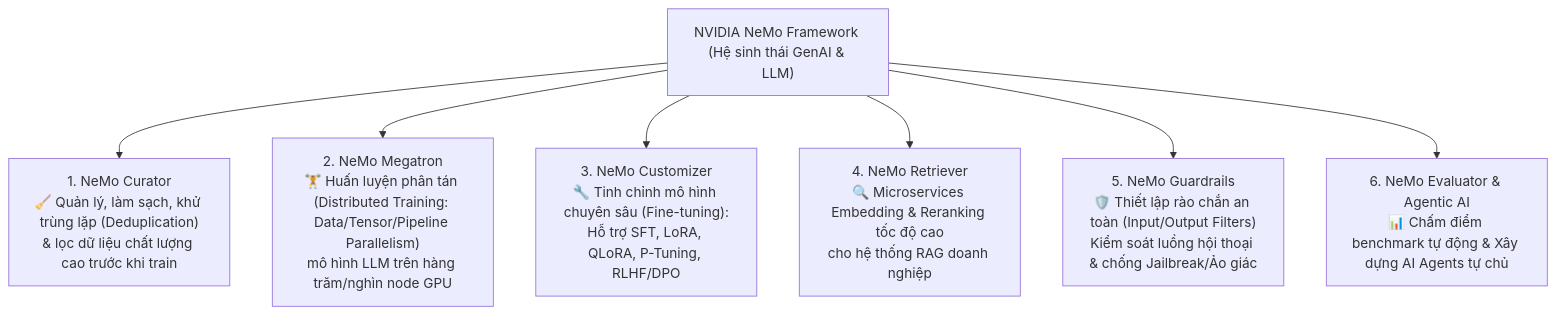
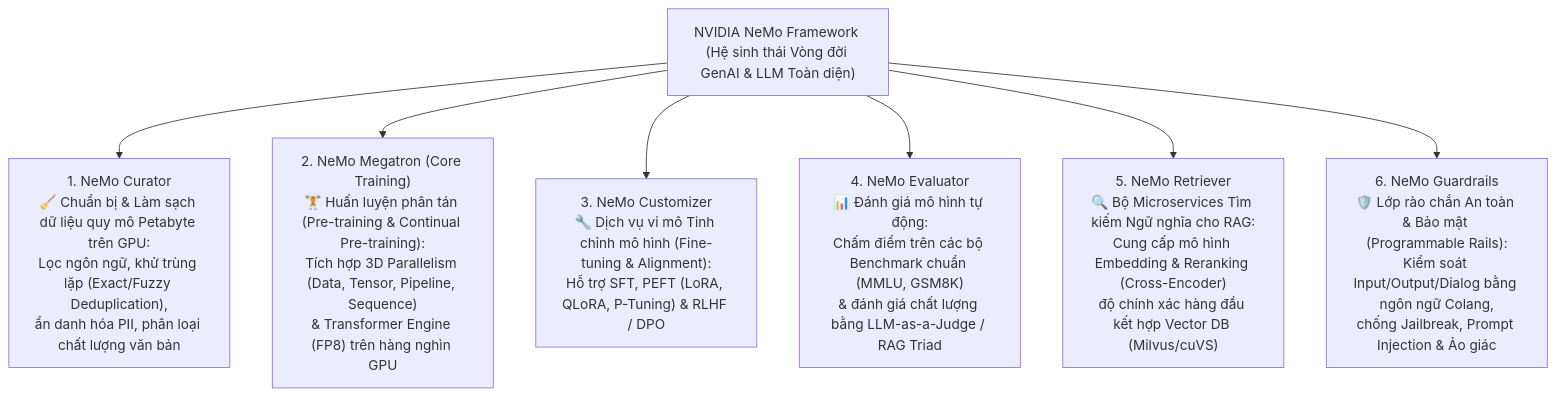
One commit to nxthanh2904/nca-genl changed the fifth of 6 diagrams in Module_08_NVIDIA_Ecosystem.md. Above: the diagram before and after it, drawn with Mermaid. The commit also changed other lines of this file and 11 other files, not shown here.

````diff
--- a/Module_08_NVIDIA_Ecosystem.md
+++ b/Module_08_NVIDIA_Ecosystem.md
@@ -162,13 +237,13 @@
 ```mermaid
 flowchart TD
-    NeMo["NVIDIA NeMo Framework (Hệ sinh thái GenAI & LLM)"]
+    NeMo["NVIDIA NeMo Framework (Hệ sinh thái Vòng đời GenAI & LLM Toàn diện)"]
     
-    M1["1. NeMo Curator<br/>🧹 Quản lý, làm sạch, khử trùng lặp (Deduplication)<br/>& lọc dữ liệu chất lượng cao trước khi train"]
-    M2["2. NeMo Megatron<br/>🏋️ Huấn luyện phân tán (Distributed Training: Data/Tensor/Pipeline Parallelism)<br/>mô hình LLM trên hàng trăm/nghìn node GPU"]
-    M3["3. NeMo Customizer<br/>🔧 Tinh chỉnh mô hình chuyên sâu (Fine-tuning):<br/>Hỗ trợ SFT, LoRA, QLoRA, P-Tuning, RLHF/DPO"]
-    M4["4. NeMo Retriever<br/>🔍 Microservices Embedding & Reranking tốc độ cao<br/>cho hệ thống RAG doanh nghiệp"]
-    M5["5. NeMo Guardrails<br/>🛡️ Thiết lập rào chắn an toàn (Input/Output Filters)<br/>Kiểm soát luồng hội thoại & chống Jailbreak/Ảo giác"]
-    M6["6. NeMo Evaluator & Agentic AI<br/>📊 Chấm điểm benchmark tự động & Xây dựng AI Agents tự chủ"]
+    M1["1. NeMo Curator<br/>🧹 Chuẩn bị & Làm sạch dữ liệu quy mô Petabyte trên GPU:<br/>Lọc ngôn ngữ, khử trùng lặp (Exact/Fuzzy Deduplication),<br/>ẩn danh hóa PII, phân loại chất lượng văn bản"]
+    M2["2. NeMo Megatron (Core Training)<br/>🏋️ Huấn luyện phân tán (Pre-training & Continual Pre-training):<br/>Tích hợp 3D Parallelism (Data, Tensor, Pipeline, Sequence)<br/>& Transformer Engine (FP8) trên hàng nghìn GPU"]
+    M3["3. NeMo Customizer<br/>🔧 Dịch vụ vi mô Tinh chỉnh mô hình (Fine-tuning & Alignment):<br/>Hỗ trợ SFT, PEFT (LoRA, QLoRA, P-Tuning) & RLHF / DPO"]
+    M4["4. NeMo Evaluator<br/>📊 Đánh giá mô hình tự động:<br/>Chấm điểm trên các bộ Benchmark chuẩn (MMLU, GSM8K)<br/>& đánh giá chất lượng bằng LLM-as-a-Judge / RAG Triad"]
+    M5["5. NeMo Retriever<br/>🔍 Bộ Microservices Tìm kiếm Ngữ nghĩa cho RAG:<br/>Cung cấp mô hình Embedding & Reranking (Cross-Encoder)<br/>độ chính xác hàng đầu kết hợp Vector DB (Milvus/cuVS)"]
+    M6["6. NeMo Guardrails<br/>🛡️ Lớp rào chắn An toàn & Bảo mật (Programmable Rails):<br/>Kiểm soát Input/Output/Dialog bằng ngôn ngữ Colang,<br/>chống Jailbreak, Prompt Injection & Ảo giác"]
 
     NeMo --> M1 & M2 & M3 & M4 & M5 & M6
 ```
````
